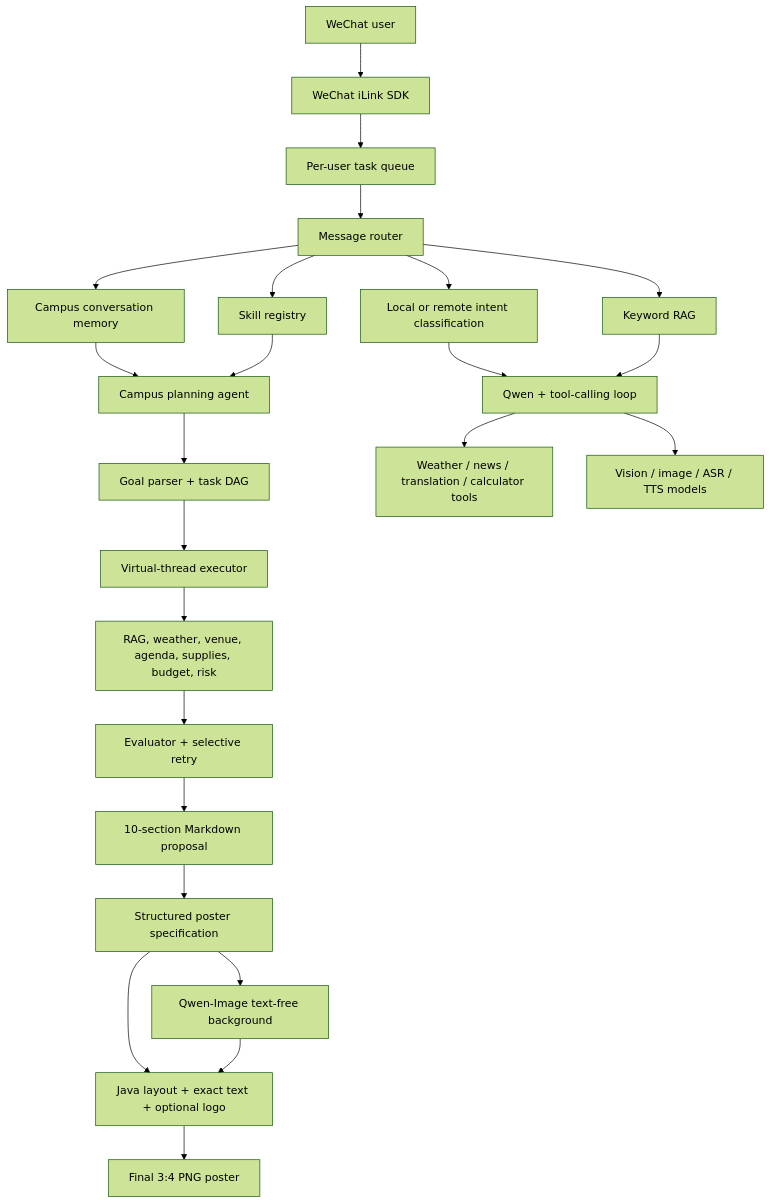
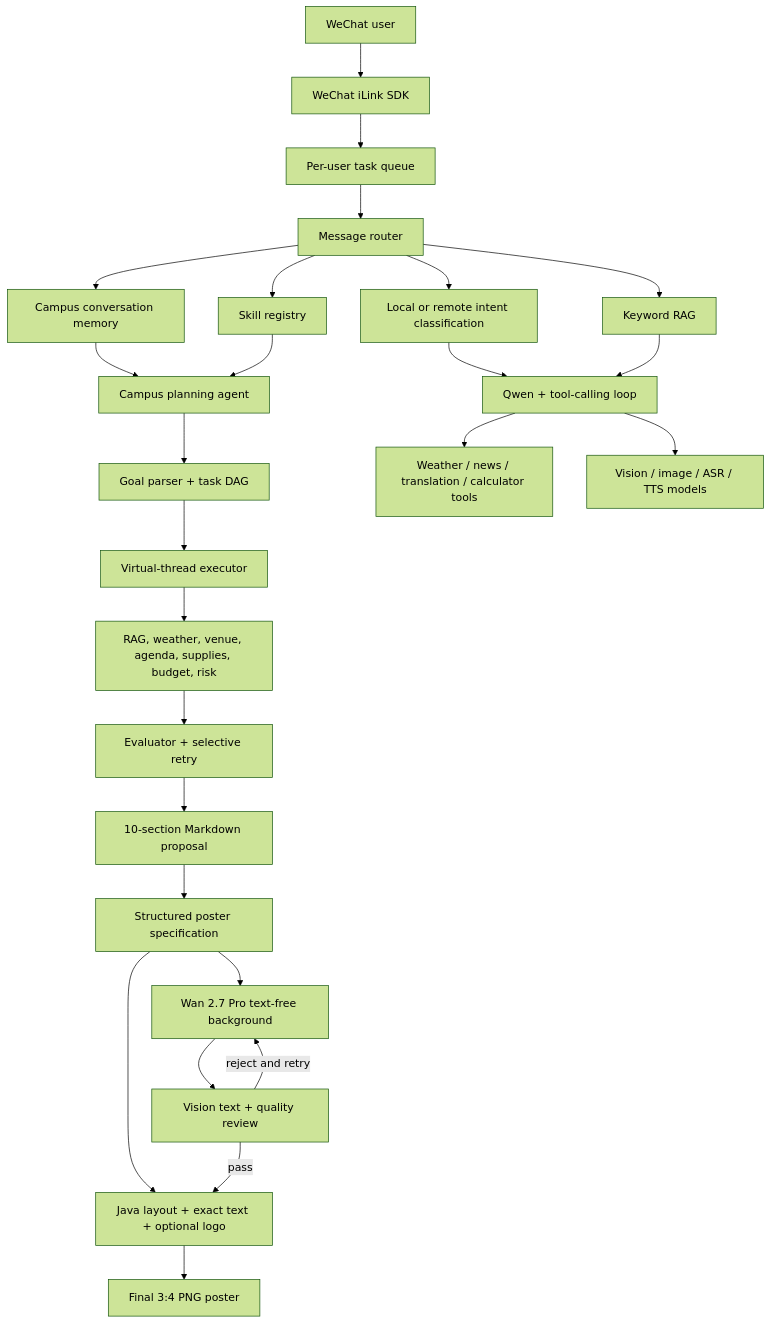
Before and after one commit to lzynb0206/CampusPilot-AI: the diagram in README.md, drawn with Mermaid (forest theme). The commit also changed other lines of this file and 12 other files, not shown here.

First line of the commit message:
海报专用模型改为 wan2.7-image-pro，普通聊天生图仍使用原模型。阿里云将其列为高质量档，支持更强的构图、品牌色和高分辨率控制。阿里云模型说明 背景提示词改为高级编辑设计风，明确排除霓虹网格、发光地球、舞台屏幕、建筑招牌等廉价科技元素。 每张背景生成后交给 Qwen-VL 质检：检测中文、英文、数字、Logo、伪汉字和乱码； 评估构图、配色、精致度和标题安全区； 不合格自动重新生成，默认最多三次； 三次仍不合格就拒绝发送，避免继续给你坏海报。

````diff
--- a/README.md
+++ b/README.md
@@ -65,30 +65,32 @@
 ```mermaid
 flowchart TB
     U["WeChat user"] --> SDK["WeChat iLink SDK"]
     SDK --> Q["Per-user task queue"]
     Q --> R["Message router"]
 
     R --> C["Campus conversation memory"]
     R --> S["Skill registry"]
     R --> K["Keyword RAG"]
     R --> I["Local or remote intent classification"]
 
     C --> A["Campus planning agent"]
     S --> A
     I --> L["Qwen + tool-calling loop"]
     K --> L
 
     A --> P["Goal parser + task DAG"]
     P --> E["Virtual-thread executor"]
     E --> T["RAG, weather, venue, agenda, supplies, budget, risk"]
     T --> V["Evaluator + selective retry"]
     V --> M["10-section Markdown proposal"]
     M --> POSTER["Structured poster specification"]
-    POSTER --> BG["Qwen-Image text-free background"]
+    POSTER --> BG["Wan 2.7 Pro text-free background"]
+    BG --> QA["Vision text + quality review"]
+    QA -->|"reject and retry"| BG
     POSTER --> LAYOUT["Java layout + exact text + optional logo"]
-    BG --> LAYOUT
+    QA -->|"pass"| LAYOUT
     LAYOUT --> IMG["Final 3:4 PNG poster"]
 
     L --> W["Weather / news / translation / calculator tools"]
     L --> MM["Vision / image / ASR / TTS models"]
 ```
````
